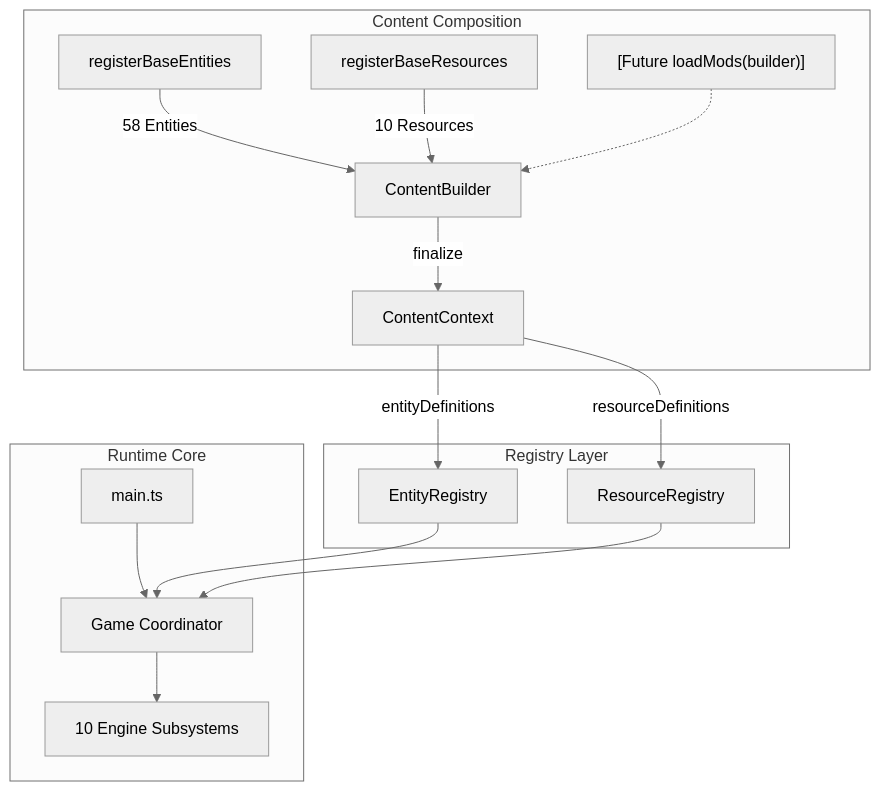
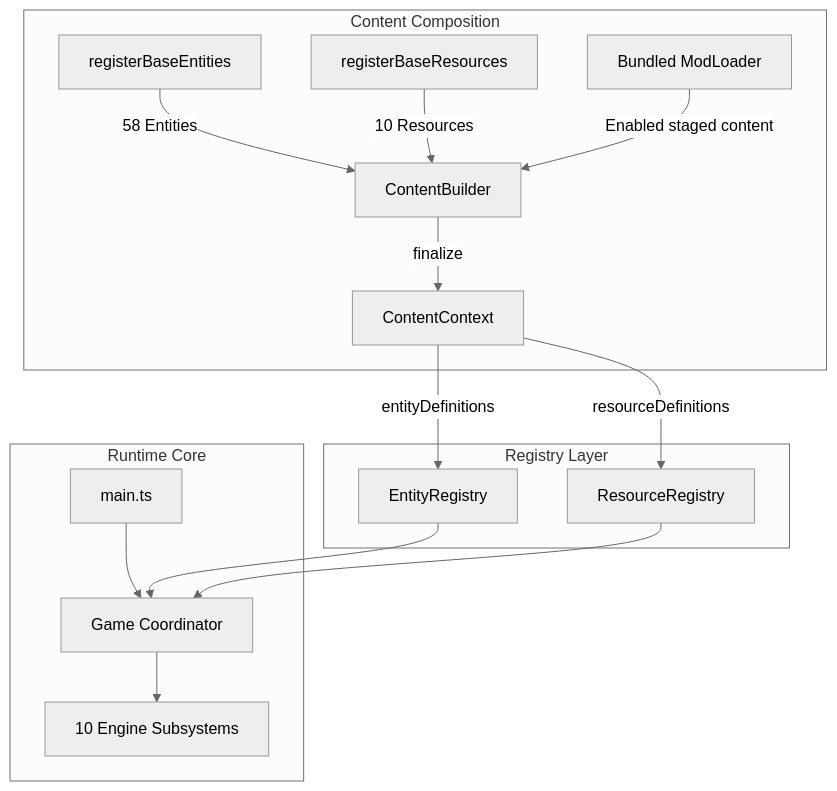
One commit to arfjdms1/sixty-four-cursed-edition changed the diagram in README.md. Above: the diagram before and after it, drawn with Mermaid (neutral theme). The commit also changed other lines of this file and 36 other files, not shown here.

````diff
--- a/README.md
+++ b/README.md
@@ -187,22 +189,22 @@
 ```mermaid
 flowchart TD
     subgraph Composition["Content Composition"]
         Builder[ContentBuilder]
         RBE[registerBaseEntities] -->|58 Entities| Builder
         RBR[registerBaseResources] -->|10 Resources| Builder
-        ModSeam["[Future loadMods(builder)]"] -.-> Builder
+        Mods["Bundled ModLoader"] -->|Enabled staged content| Builder
         Builder -->|finalize| Ctx[ContentContext]
     end
 
     subgraph Registries["Registry Layer"]
         Ctx -->|entityDefinitions| ER[EntityRegistry]
         Ctx -->|resourceDefinitions| RR[ResourceRegistry]
     end
 
     subgraph Runtime["Runtime Core"]
         Main[main.ts] --> Game[Game Coordinator]
         ER --> Game
         RR --> Game
         Game --> Engine["10 Engine Subsystems"]
     end
 ```
````
